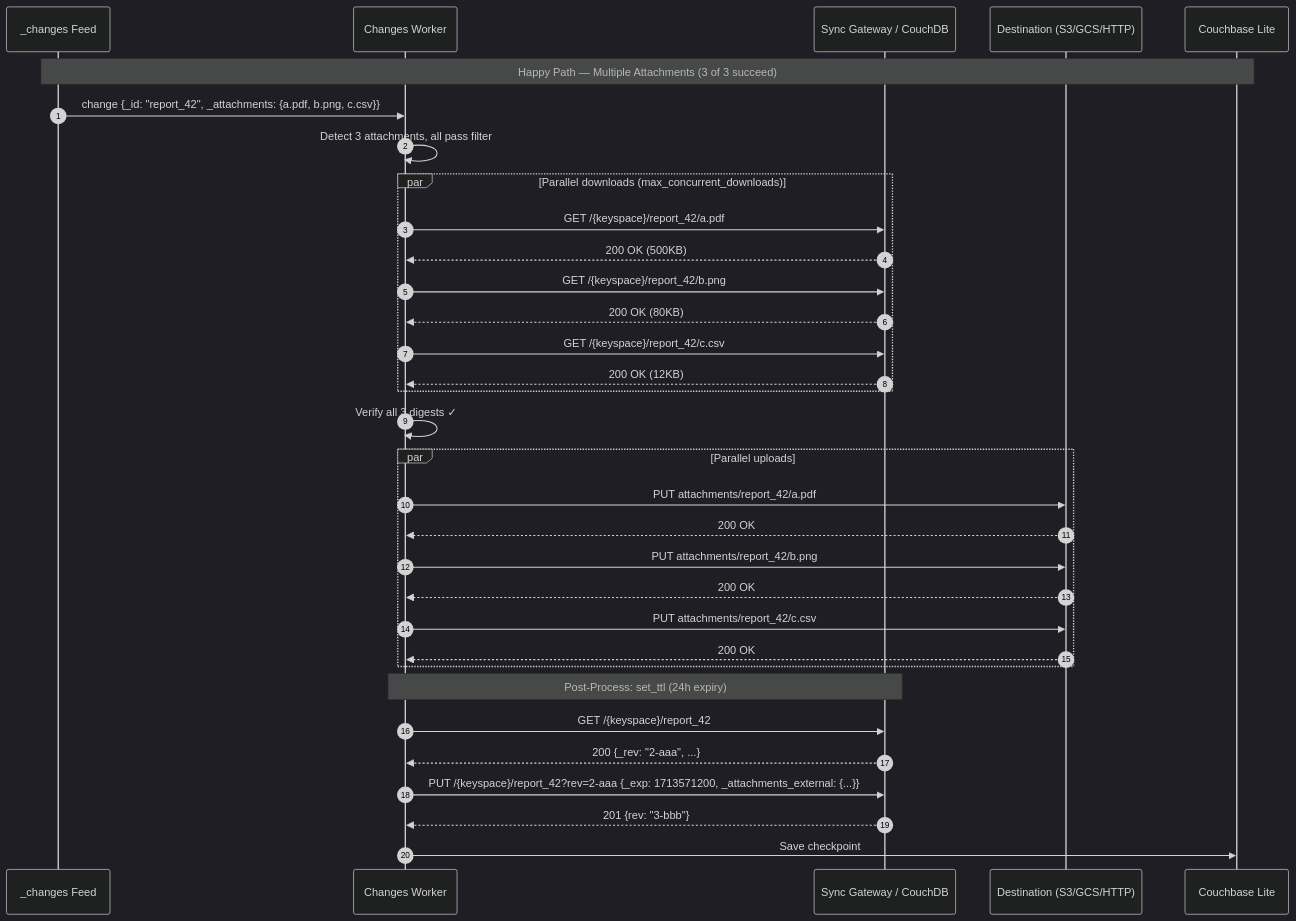
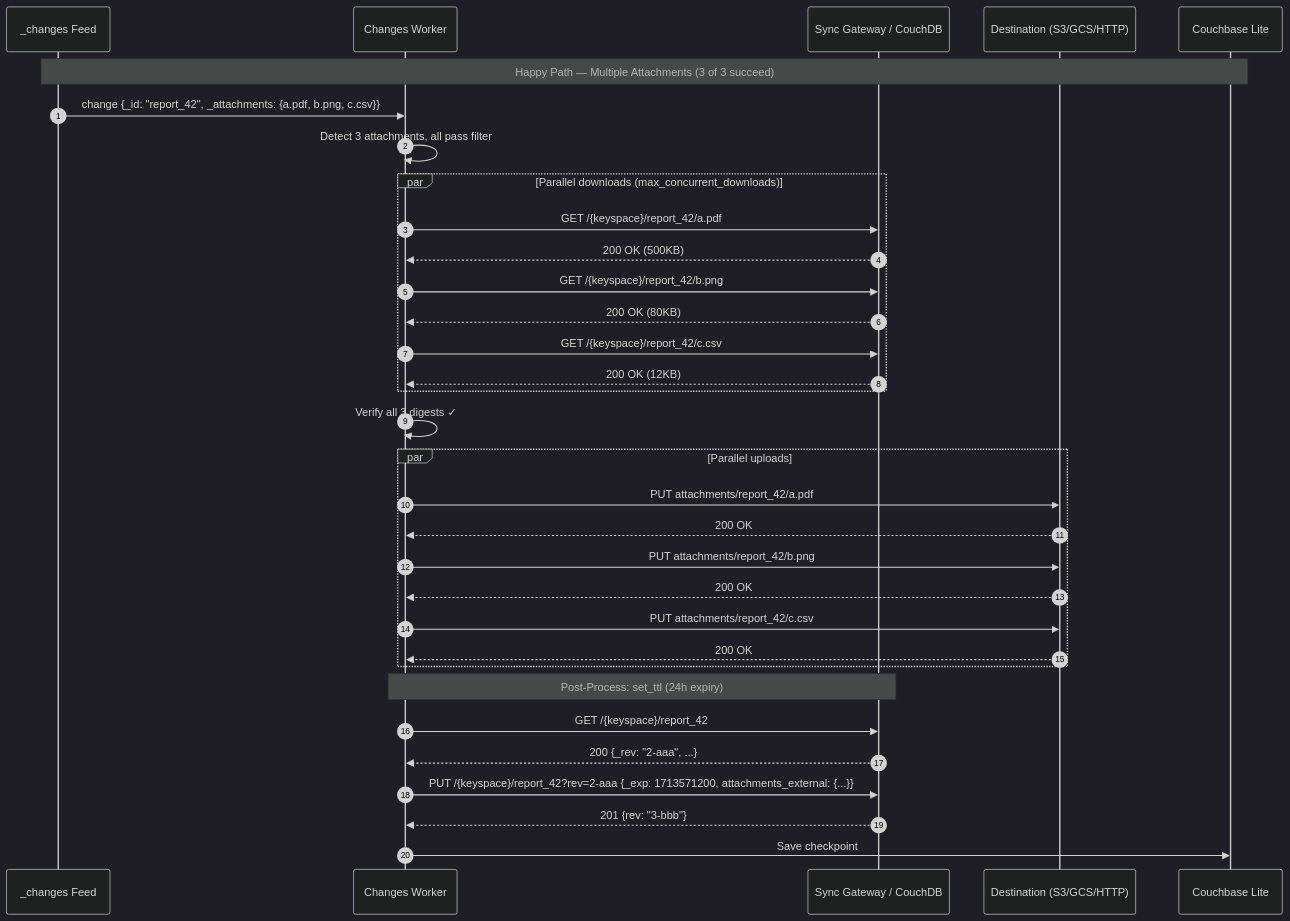
The second of 10 diagrams in docs/ATTACHMENTS.md (Fujio-Turner/change_stream_db), drawn with Mermaid (dark theme) before and after one commit. The commit also changed other lines of this file and 22 other files, not shown here.

````diff
--- a/docs/ATTACHMENTS.md
+++ b/docs/ATTACHMENTS.md
@@ -1001,43 +1001,43 @@
 ```mermaid
 sequenceDiagram
     autonumber
     participant CF as _changes Feed
     participant W as Changes Worker
     participant SG as Sync Gateway / CouchDB
     participant S3 as Destination (S3/GCS/HTTP)
     participant CBL as Couchbase Lite
 
     Note over CF,CBL: Happy Path — Multiple Attachments (3 of 3 succeed)
 
     CF->>W: change {_id: "report_42", _attachments: {a.pdf, b.png, c.csv}}
     W->>W: Detect 3 attachments, all pass filter
 
     par Parallel downloads (max_concurrent_downloads)
         W->>SG: GET /{keyspace}/report_42/a.pdf
         SG-->>W: 200 OK (500KB)
         W->>SG: GET /{keyspace}/report_42/b.png
         SG-->>W: 200 OK (80KB)
         W->>SG: GET /{keyspace}/report_42/c.csv
         SG-->>W: 200 OK (12KB)
     end
 
     W->>W: Verify all 3 digests ✓
 
     par Parallel uploads
         W->>S3: PUT attachments/report_42/a.pdf
         S3-->>W: 200 OK
         W->>S3: PUT attachments/report_42/b.png
         S3-->>W: 200 OK
         W->>S3: PUT attachments/report_42/c.csv
         S3-->>W: 200 OK
     end
 
     Note over W,SG: Post-Process: set_ttl (24h expiry)
 
     W->>SG: GET /{keyspace}/report_42
     SG-->>W: 200 {_rev: "2-aaa", ...}
-    W->>SG: PUT /{keyspace}/report_42?rev=2-aaa {_exp: 1713571200, _attachments_external: {...}}
+    W->>SG: PUT /{keyspace}/report_42?rev=2-aaa {_exp: 1713571200, attachments_external: {...}}
     SG-->>W: 201 {rev: "3-bbb"}
 
     W->>CBL: Save checkpoint
 ```
````
